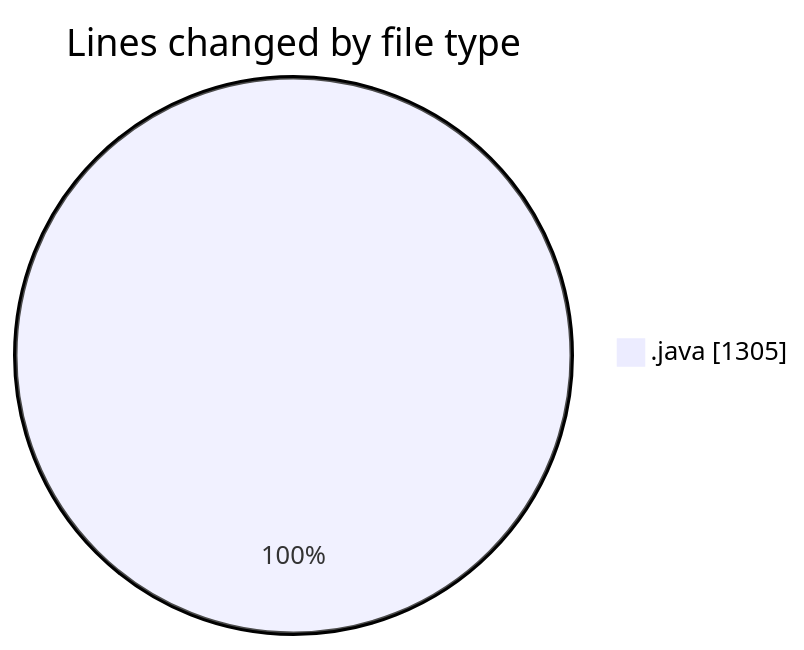
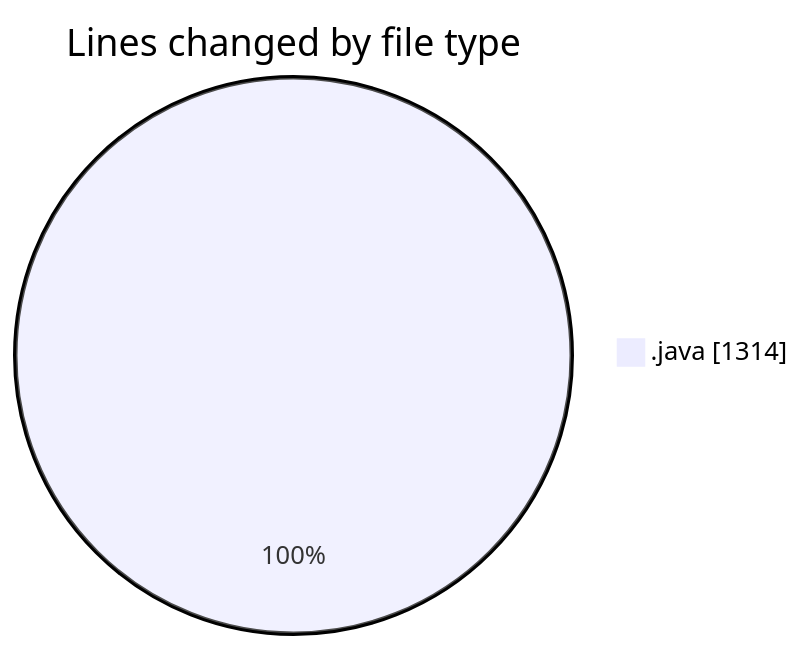
Before and after one commit to NitaiMahat/code-tracking: the first of 2 diagrams in 2025-04-02/startfiles__2_/README.md, drawn with Mermaid. The commit also changed other lines of this file and 1 other file, not shown here.

````diff
--- a/2025-04-02/startfiles__2_/README.md
+++ b/2025-04-02/startfiles__2_/README.md
@@ -26,5 +26,5 @@
 ```mermaid
 pie showData
 title Lines changed by file type
-".java" : 1305
+".java" : 1314
 ```
````
